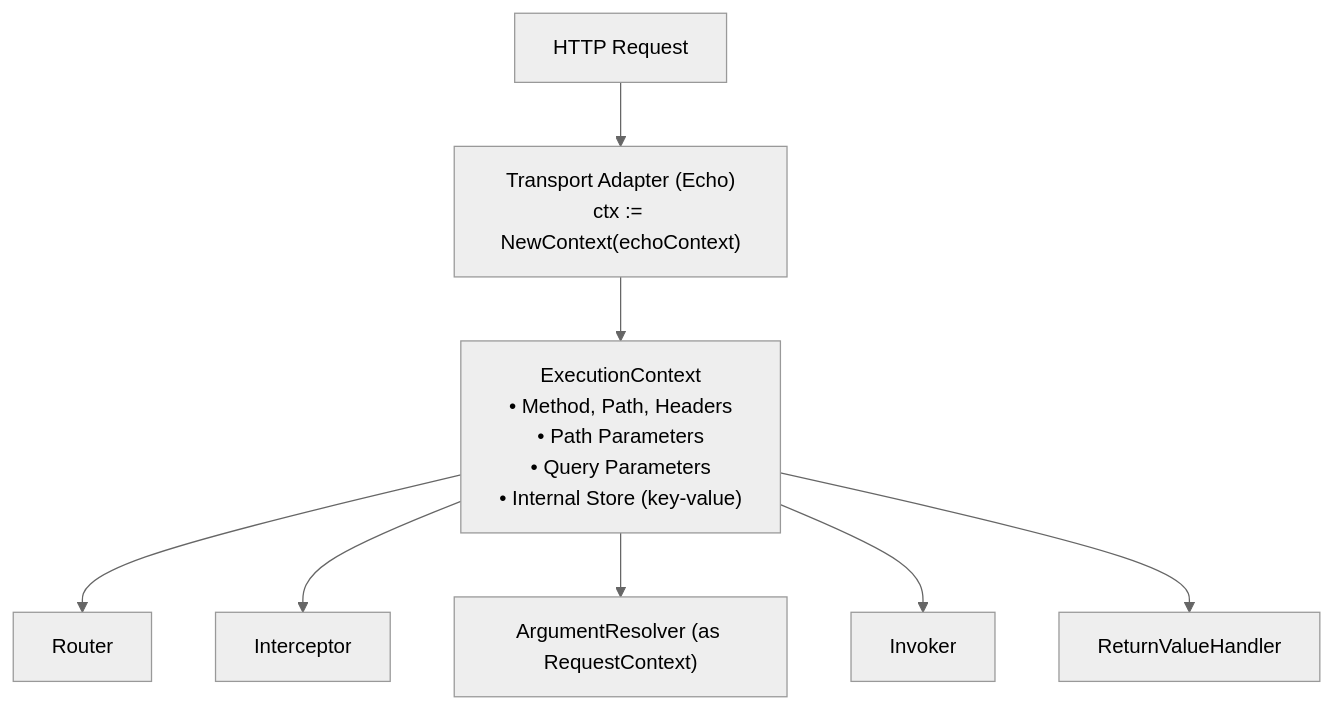
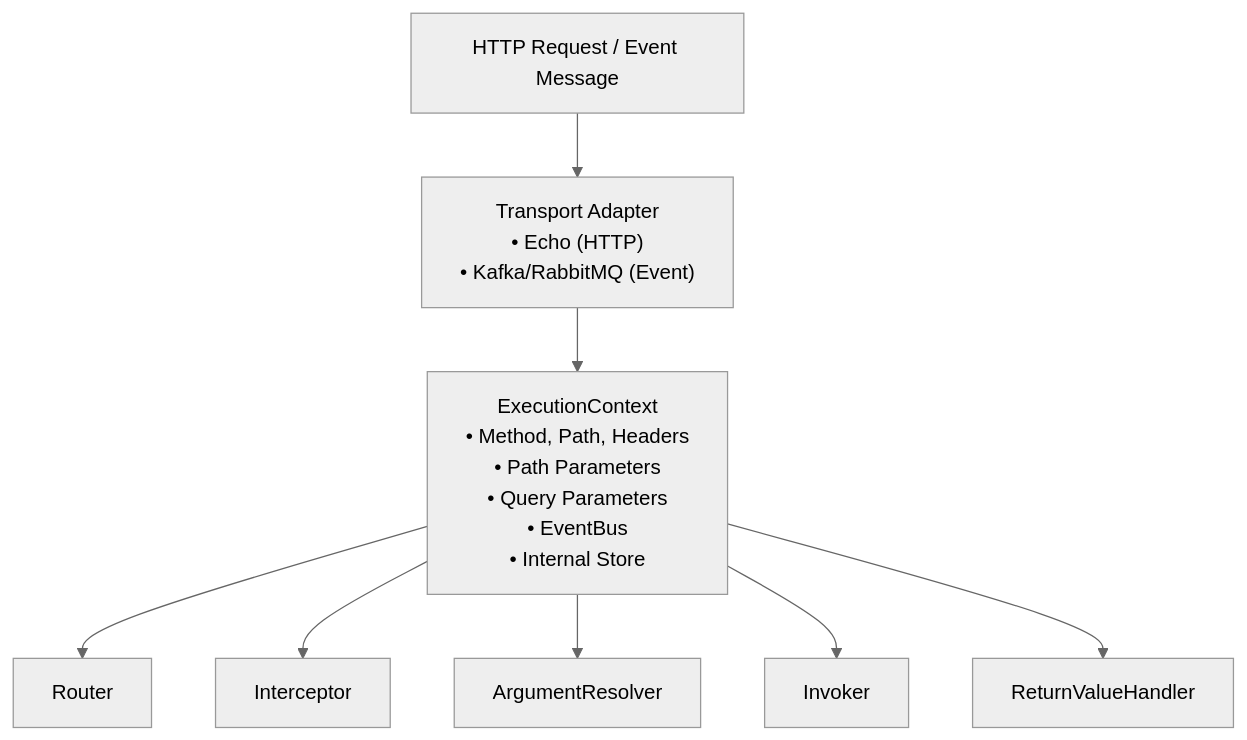
Before and after one commit to NARUBROWN/spine-site: the first of 2 diagrams in docs/en/learn/core-concepts/execution-context.md, drawn with Mermaid (neutral theme). The commit also changed other lines of this file and 6 other files, not shown here.

Commit message:
feat: Add Kafka MSA example documentation and refactor execution context for event-driven consumers.

````diff
--- a/docs/en/learn/core-concepts/execution-context.md
+++ b/docs/en/learn/core-concepts/execution-context.md
@@ -9,23 +9,23 @@
 ```mermaid
 graph TD
-    Request["HTTP Request"]
+    Request["HTTP Request / Event Message"]
     
-    Transport["Transport Adapter (Echo)<br>ctx := NewContext(echoContext)"]
+    Transport["Transport Adapter<br>• Echo (HTTP)<br>• Kafka/RabbitMQ (Event)"]
     
-    Context["ExecutionContext<br>• Method, Path, Headers<br>• Path Parameters<br>• Query Parameters<br>• Internal Store (key-value)"]
+    Context["ExecutionContext<br>• Method, Path, Headers<br>• Path Parameters<br>• Query Parameters<br>• EventBus<br>• Internal Store"]
     
     Router["Router"]
     Interceptor["Interceptor"]
-    ArgResolver["ArgumentResolver (as RequestContext)"]
+    ArgResolver["ArgumentResolver"]
     Invoker["Invoker"]
     ReturnHandler["ReturnValueHandler"]
 
     Request --> Transport
     Transport --> Context
     
     Context --> Router
     Context --> Interceptor
     Context --> ArgResolver
     Context --> Invoker
     Context --> ReturnHandler
 ```
````
